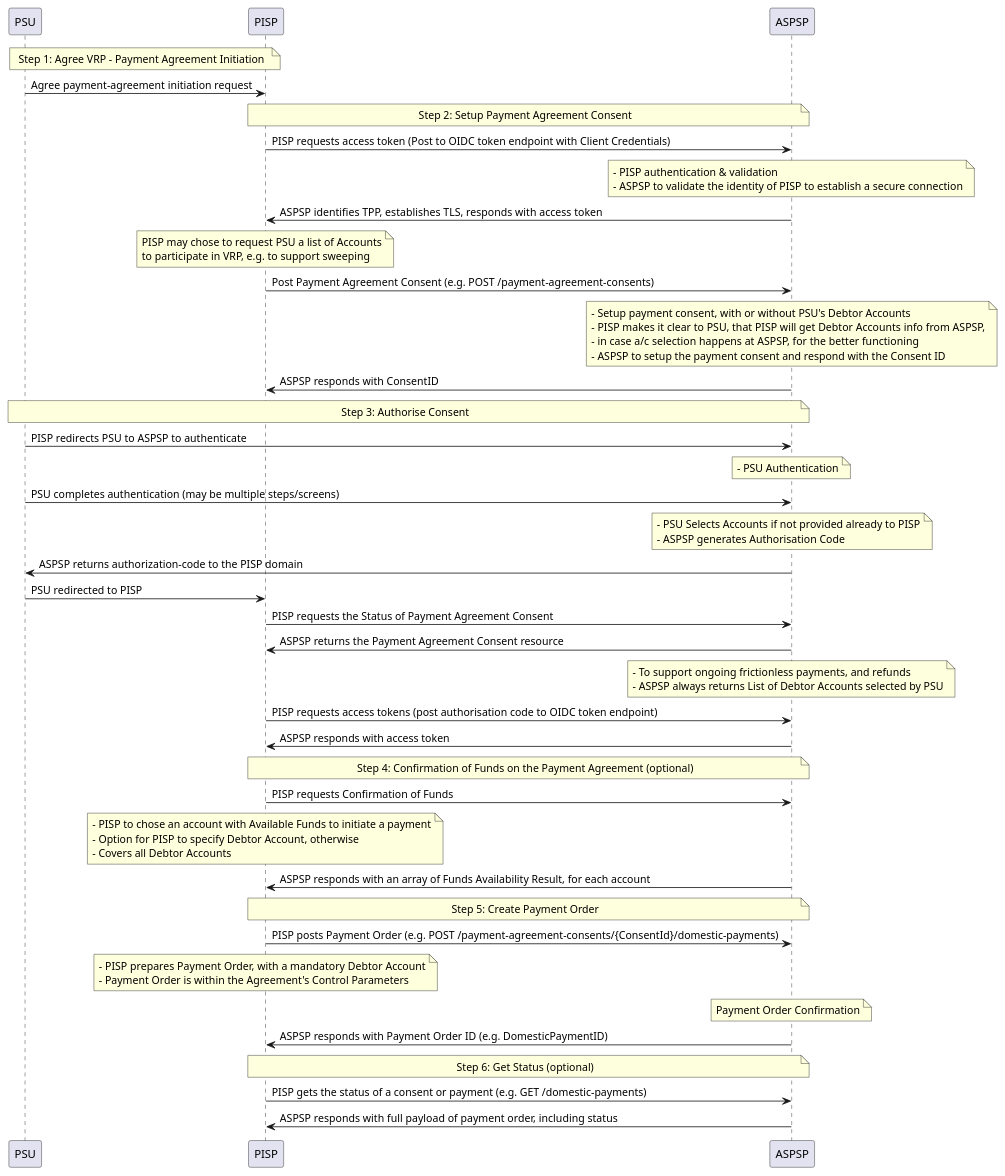
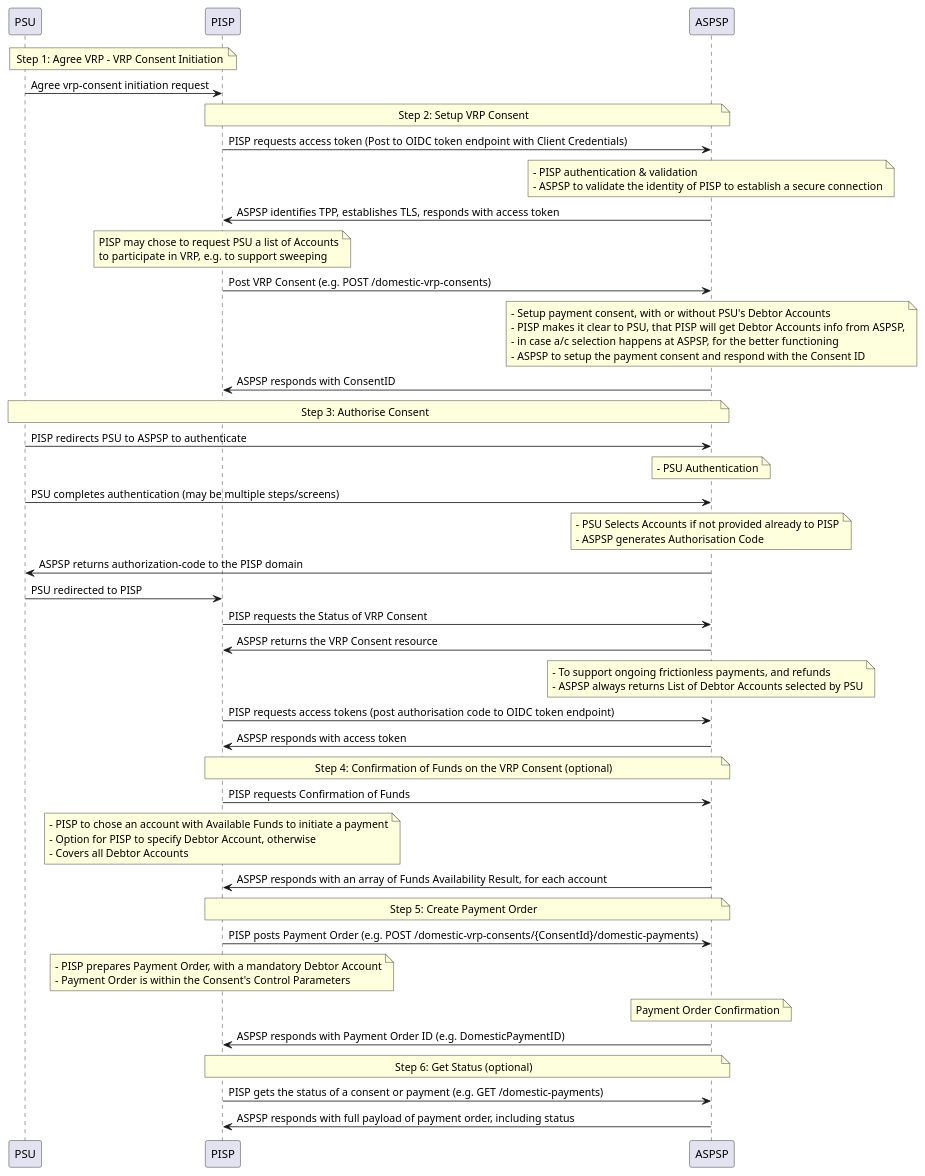
The diagram in profiles/images/Payments-Flow.puml (chandanv89/read-write-vrp-docs-pub), drawn with PlantUML before and after one commit. The commit also changed 7 other files, not shown here.

```diff
--- a/profiles/images/Payments-Flow.puml
+++ b/profiles/images/Payments-Flow.puml
@@ -1,105 +1,105 @@
-@startuml payment-agreement-flow
+@startuml vrp-consent-flow
 
 participant PSU
 participant PISP
 participant ASPSP
 
 note over PSU, PISP
-Step 1: Agree VRP - Payment Agreement Initiation
+Step 1: Agree VRP - VRP Consent Initiation
 end note
 
-PSU -> PISP: Agree payment-agreement initiation request
+PSU -> PISP: Agree vrp-consent initiation request
 
 note over PISP, ASPSP
-Step 2: Setup Payment Agreement Consent
+Step 2: Setup VRP Consent
 end note
 
 PISP -> ASPSP: PISP requests access token (Post to OIDC token endpoint with Client Credentials)
 note over ASPSP
 - PISP authentication & validation
 - ASPSP to validate the identity of PISP to establish a secure connection
 end note
 ASPSP -> PISP: ASPSP identifies TPP, establishes TLS, responds with access token
 
 note over PISP
  PISP may chose to request PSU a list of Accounts
  to participate in VRP, e.g. to support sweeping
 end note
 
-PISP -> ASPSP: Post Payment Agreement Consent (e.g. POST /payment-agreement-consents)
+PISP -> ASPSP: Post VRP Consent (e.g. POST /domestic-vrp-consents)
 note over ASPSP
 - Setup payment consent, with or without PSU's Debtor Accounts
 - PISP makes it clear to PSU, that PISP will get Debtor Accounts info from ASPSP,
 - in case a/c selection happens at ASPSP, for the better functioning
 - ASPSP to setup the payment consent and respond with the Consent ID
 end note
 ASPSP -> PISP: ASPSP responds with ConsentID
 
 note over PSU, ASPSP
 Step 3: Authorise Consent
 end note
 
 PSU -> ASPSP: PISP redirects PSU to ASPSP to authenticate
 note over ASPSP
  - PSU Authentication
 end note
 PSU -> ASPSP: PSU completes authentication (may be multiple steps/screens)
 
 note over ASPSP
     - PSU Selects Accounts if not provided already to PISP
     - ASPSP generates Authorisation Code
 end note
 
 ASPSP -> PSU: ASPSP returns authorization-code to the PISP domain
 
 PSU -> PISP: PSU redirected to PISP
 
-PISP -> ASPSP: PISP requests the Status of Payment Agreement Consent
+PISP -> ASPSP: PISP requests the Status of VRP Consent
 
-ASPSP -> PISP: ASPSP returns the Payment Agreement Consent resource
+ASPSP -> PISP: ASPSP returns the VRP Consent resource
 
 note over ASPSP
     - To support ongoing frictionless payments, and refunds
     - ASPSP always returns List of Debtor Accounts selected by PSU
 end note
 
 PISP -> ASPSP: PISP requests access tokens (post authorisation code to OIDC token endpoint)
 
 ASPSP -> PISP: ASPSP responds with access token
 
 note over PISP, ASPSP
-Step 4: Confirmation of Funds on the Payment Agreement (optional)
+Step 4: Confirmation of Funds on the VRP Consent (optional)
 end note
 PISP -> ASPSP: PISP requests Confirmation of Funds
 
 note over PISP
  - PISP to chose an account with Available Funds to initiate a payment
  - Option for PISP to specify Debtor Account, otherwise
  - Covers all Debtor Accounts
 end note
 ASPSP -> PISP: ASPSP responds with an array of Funds Availability Result, for each account
 
 note over PISP, ASPSP
 Step 5: Create Payment Order
 end note
 
-PISP -> ASPSP: PISP posts Payment Order (e.g. POST /payment-agreement-consents/{ConsentId}/domestic-payments)
+PISP -> ASPSP: PISP posts Payment Order (e.g. POST /domestic-vrp-consents/{ConsentId}/domestic-payments)
 
 note over PISP
 - PISP prepares Payment Order, with a mandatory Debtor Account
-- Payment Order is within the Agreement's Control Parameters
+- Payment Order is within the Consent's Control Parameters
 end note
 
 note over ASPSP
 Payment Order Confirmation
 end note
 ASPSP -> PISP: ASPSP responds with Payment Order ID (e.g. DomesticPaymentID)
 
 note over PISP, ASPSP
 Step 6: Get Status (optional)
 end note
 
 PISP -> ASPSP: PISP gets the status of a consent or payment (e.g. GET /domestic-payments)
 ASPSP -> PISP: ASPSP responds with full payload of payment order, including status
 
 @enduml
```
